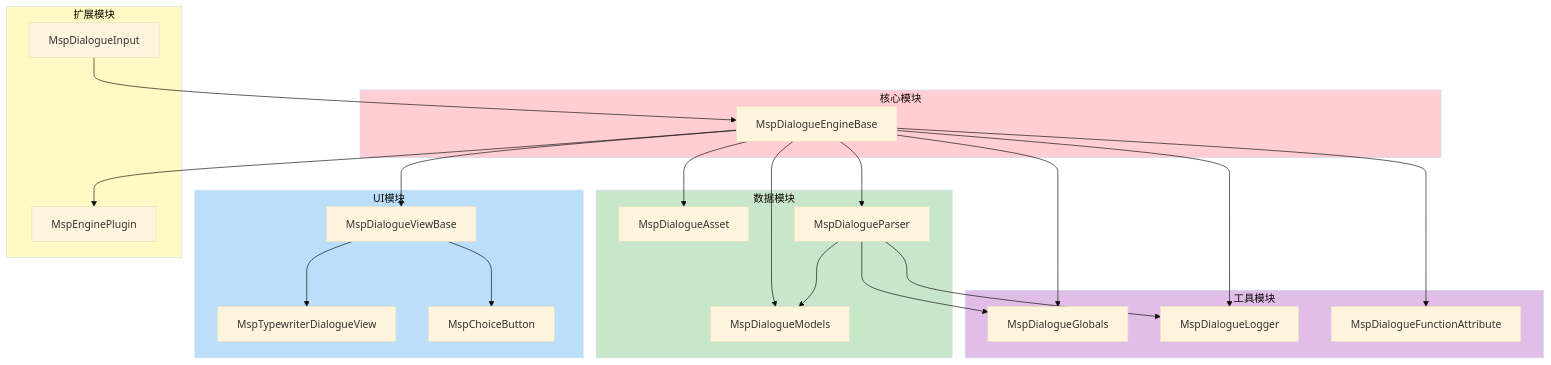
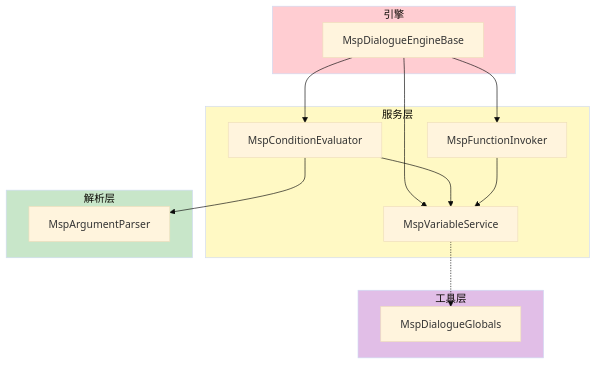
The fifth of 5 diagrams in Structure-Mermaid.md (Furry-Monster/MSpeaker), drawn with Mermaid (base theme) before and after one commit. The commit also changed other lines of this file and 30 other files, not shown here.

Commit message:
feat: introduce interfaces for dialogue engine, view, and plugin management, enhancing modularity and extensibility of the dialogue system

````diff
--- a/Structure-Mermaid.md
+++ b/Structure-Mermaid.md
@@ -195,50 +237,33 @@
 ```mermaid
 graph TD
-    subgraph Core["核心模块"]
-        Engine[MspDialogueEngineBase]
+    subgraph Engine["引擎"]
+        EngineBase[MspDialogueEngineBase]
     end
 
-    subgraph Data["数据模块"]
-        Asset[MspDialogueAsset]
-        Parser[MspDialogueParser]
-        Models[MspDialogueModels]
+    subgraph Services["服务层"]
+        ConditionEval[MspConditionEvaluator]
+        VarService[MspVariableService]
+        FuncInvoker[MspFunctionInvoker]
     end
 
-    subgraph UI["UI模块"]
-        View[MspDialogueViewBase]
-        Typewriter[MspTypewriterDialogueView]
-        Choice[MspChoiceButton]
+    subgraph Parser["解析层"]
+        ArgParser[MspArgumentParser]
     end
 
-    subgraph Ext["扩展模块"]
-        Plugin[MspEnginePlugin]
-        Input[MspDialogueInput]
+    subgraph Utils["工具层"]
+        Globals[MspDialogueGlobals]
     end
 
-    subgraph Util["工具模块"]
-        Globals[MspDialogueGlobals]
-        Logger[MspDialogueLogger]
-        FunctionAttr[MspDialogueFunctionAttribute]
-    end
+    EngineBase --> ConditionEval
+    EngineBase --> VarService
+    EngineBase --> FuncInvoker
+    ConditionEval --> VarService
+    ConditionEval --> ArgParser
+    FuncInvoker --> VarService
+    VarService -.-> Globals
 
-    Engine --> Asset
-    Engine --> Parser
-    Engine --> Models
-    Engine --> View
-    Engine --> Plugin
-    Engine --> Globals
-    Engine --> Logger
-    Engine --> FunctionAttr
-    View --> Typewriter
-    View --> Choice
-    Input --> Engine
-    Parser --> Models
-    Parser --> Globals
-    Parser --> Logger
-
-    style Core fill:#ffcdd2
-    style Data fill:#c8e6c9
-    style UI fill:#bbdefb
-    style Ext fill:#fff9c4
-    style Util fill:#e1bee7
+    style Engine fill:#ffcdd2
+    style Services fill:#fff9c4
+    style Parser fill:#c8e6c9
+    style Utils fill:#e1bee7
 ```
````
